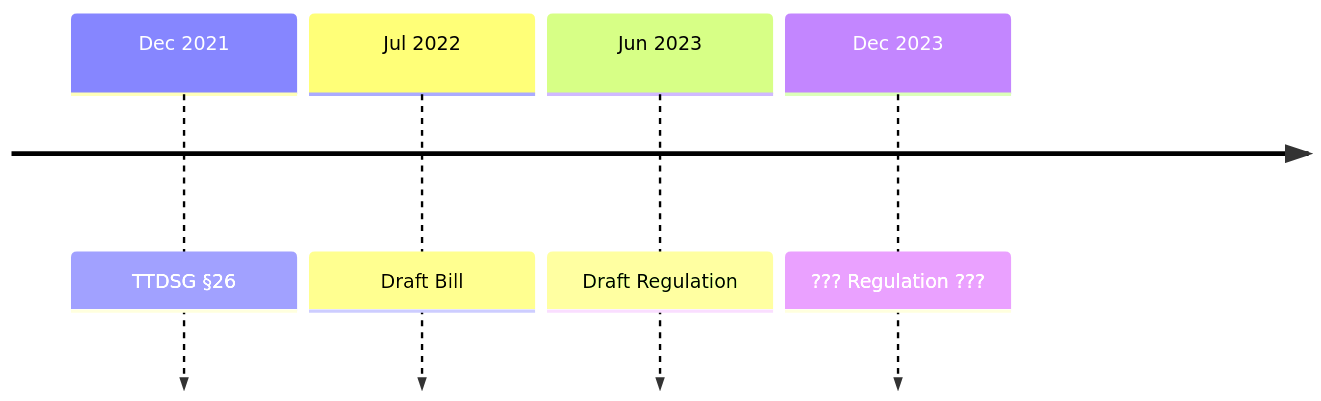
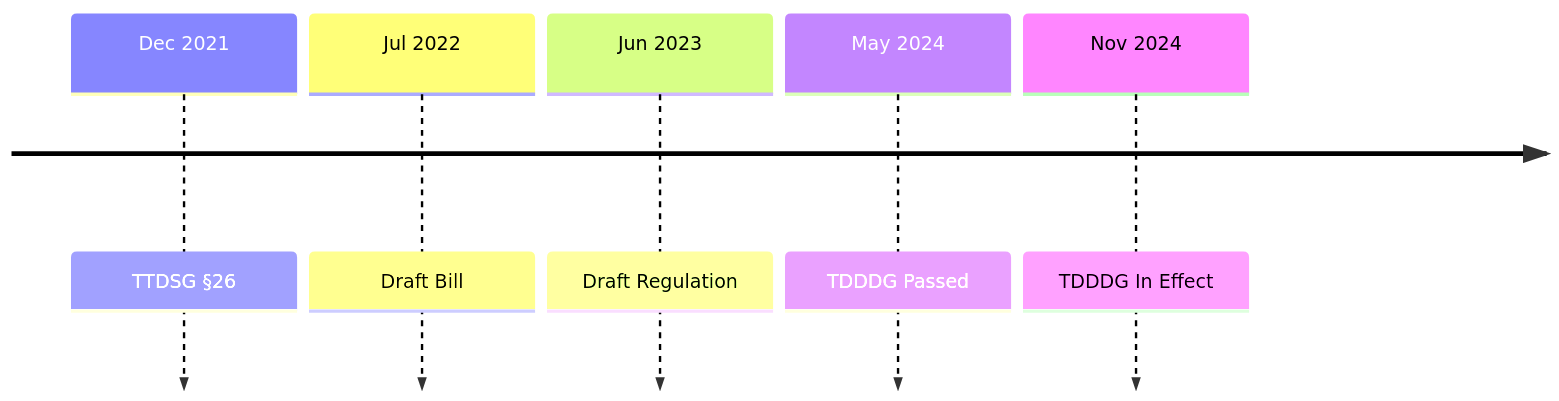
Before and after one commit to openpims/openpims: the second of 3 diagrams in README.md, drawn with Mermaid.

Commit message:
docs: Update TDDDG timeline to reflect actual legislative progress
- Updated timeline from placeholder to actual dates
- TDDDG passed in May 2024
- TDDDG in effect since November 2024

````diff
--- a/README.md
+++ b/README.md
@@ -17,7 +17,8 @@
 ```mermaid
   timeline
     Dec 2021 : TTDSG §26
     Jul 2022 : Draft Bill
     Jun 2023 : Draft Regulation
-    Dec 2023 : ??? Regulation ???
+    May 2024 : TDDDG Passed
+    Nov 2024 : TDDDG In Effect
 ```
````
